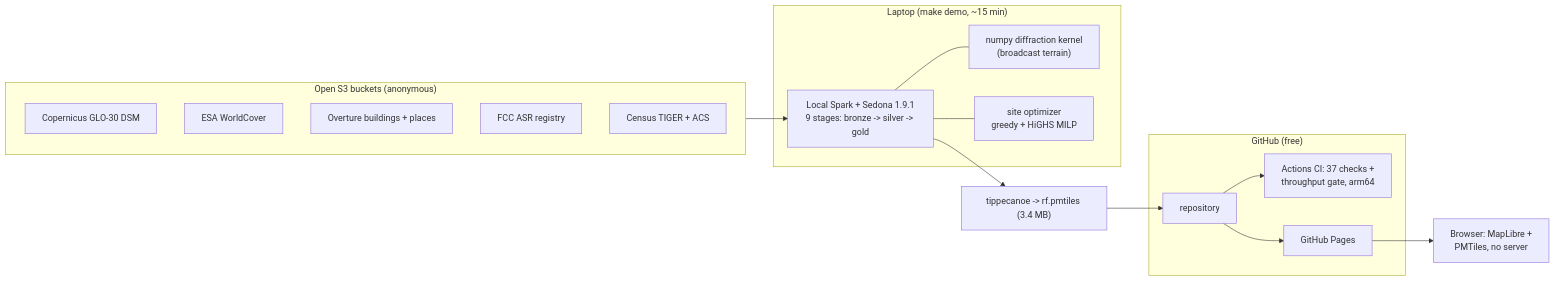
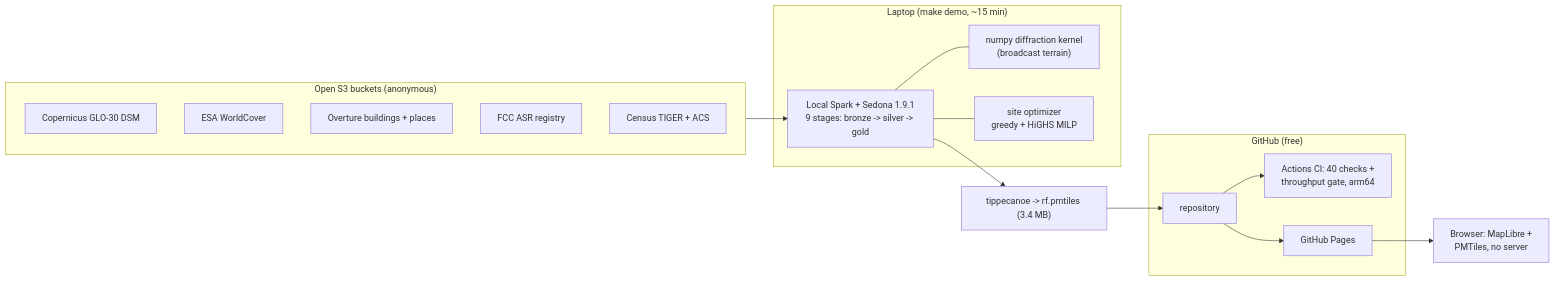
One commit to owensross27/sedona-rf-coverage changed the first of 2 diagrams in README.md. Above: the diagram before and after it, drawn with Mermaid. The commit also changed other lines of this file and 10 other files, not shown here.

````diff
--- a/README.md
+++ b/README.md
@@ -161,29 +167,29 @@
 ```mermaid
 flowchart LR
     subgraph open["Open S3 buckets (anonymous)"]
         dem["Copernicus GLO-30 DSM"]
         wc["ESA WorldCover"]
         ov["Overture buildings + places"]
         fcc["FCC ASR registry"]
         acs["Census TIGER + ACS"]
     end
     subgraph laptop["Laptop (make demo, ~15 min)"]
         spark["Local Spark + Sedona 1.9.1<br/>9 stages: bronze -> silver -> gold"]
         kernel["numpy diffraction kernel<br/>(broadcast terrain)"]
         opt["site optimizer<br/>greedy + HiGHS MILP"]
         spark --- kernel
         spark --- opt
     end
     subgraph gh["GitHub (free)"]
         repo["repository"]
-        ci["Actions CI: 37 checks +<br/>throughput gate, arm64"]
+        ci["Actions CI: 40 checks +<br/>throughput gate, arm64"]
         pages["GitHub Pages"]
     end
     browser["Browser: MapLibre +<br/>PMTiles, no server"]
     open --> spark
     spark --> tiles["tippecanoe -> rf.pmtiles (3.4 MB)"]
     tiles --> repo
     repo --> ci
     repo --> pages
     pages --> browser
 ```
````
